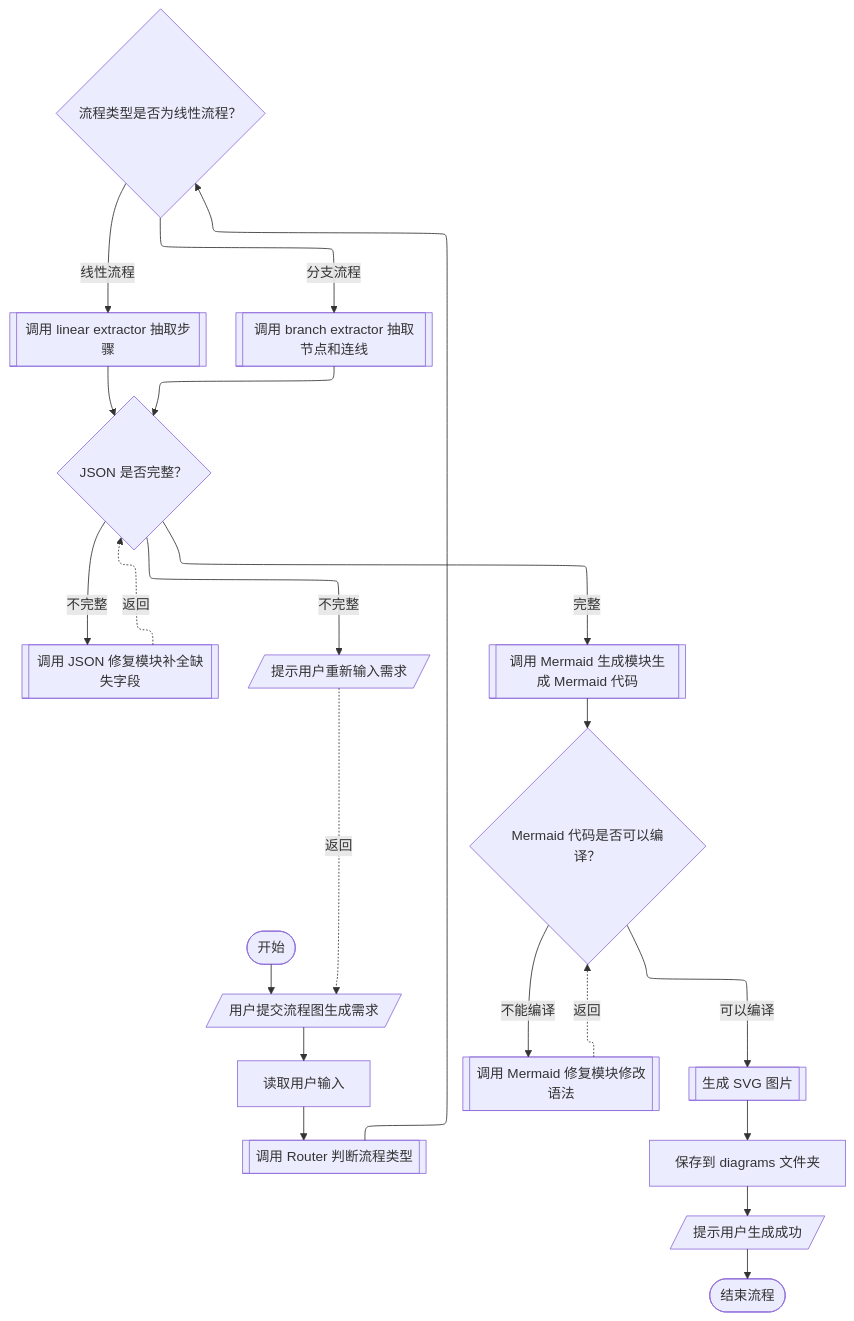
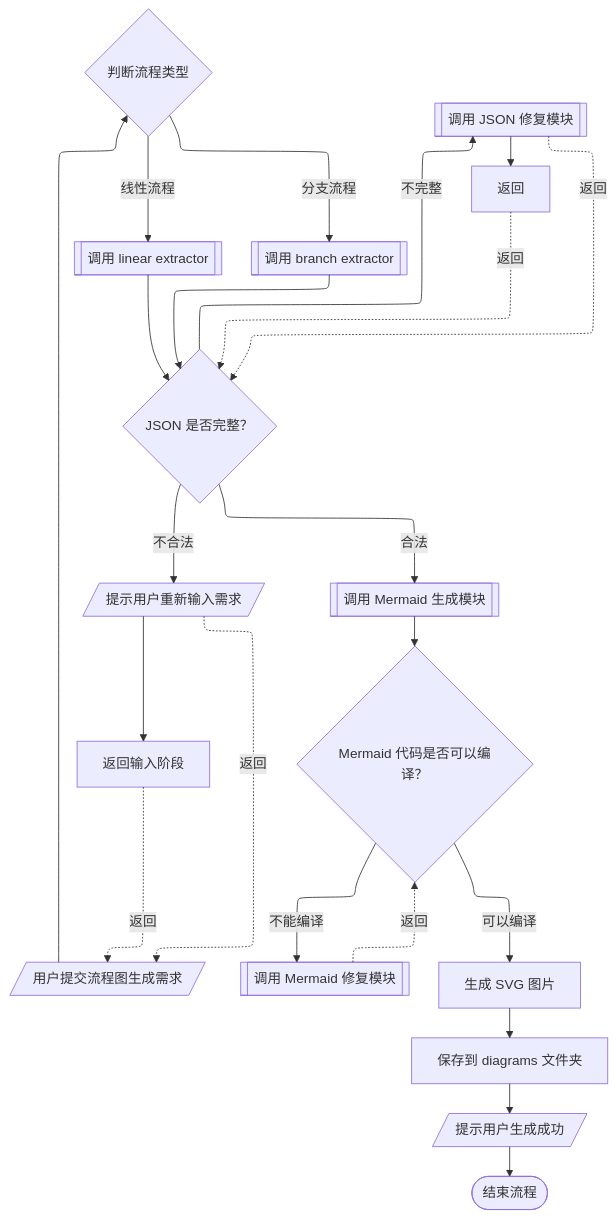
One commit to pujipia/Agent-Practise changed the diagram in diagrams/branch_flowchart.mmd. Above: the diagram before and after it, drawn with Mermaid. The commit also changed 2 other files, not shown here.

```diff
--- a/diagrams/branch_flowchart.mmd
+++ b/diagrams/branch_flowchart.mmd
@@ -1,40 +1,40 @@
 %%{init: {"flowchart": {"defaultRenderer": "elk"}}}%%
 flowchart TD
-A(["开始"])
-B[/"用户提交流程图生成需求"/]
-C["读取用户输入"]
-D[["调用 Router 判断流程类型"]]
-E{"流程类型是否为线性流程？"}
-F[["调用 linear extractor 抽取步骤"]]
-G[["调用 branch extractor 抽取节点和连线"]]
-H{"JSON 是否完整？"}
-I[["调用 JSON 修复模块补全缺失字段"]]
-K[/"提示用户重新输入需求"/]
-L[["调用 Mermaid 生成模块生成 Mermaid 代码"]]
-M{"Mermaid 代码是否可以编译？"}
-N[["调用 Mermaid 修复模块修改语法"]]
-O[["生成 SVG 图片"]]
-P["保存到 diagrams 文件夹"]
-Q[/"提示用户生成成功"/]
-R(["结束流程"])
+A[/"用户提交流程图生成需求"/]
+B{"判断流程类型"}
+C[["调用 linear extractor"]]
+D[["调用 branch extractor"]]
+E{"JSON 是否完整？"}
+F[["调用 JSON 修复模块"]]
+G["返回"]
+H[/"提示用户重新输入需求"/]
+I["返回输入阶段"]
+J[["调用 Mermaid 生成模块"]]
+K{"Mermaid 代码是否可以编译？"}
+L[["调用 Mermaid 修复模块"]]
+M["生成 SVG 图片"]
+N["保存到 diagrams 文件夹"]
+O[/"提示用户生成成功"/]
+P(["结束流程"])
 
 A --> B
-B --> C
-C --> D
+B -->|线性流程| C
+B -->|分支流程| D
+E -->|不完整| F
+F --> G
+G -.->|返回| E
+E -->|不合法| H
+H --> I
+I -.->|返回| A
+E -->|合法| J
+J --> K
+K -->|不能编译| L
+L -.->|返回| K
+K -->|可以编译| M
+M --> N
+N --> O
+O --> P
+C --> E
 D --> E
-E -->|线性流程| F
-E -->|分支流程| G
-F --> H
-H -->|不完整| I
-H -->|不完整| K
-K -.->|返回| B
-H -->|完整| L
-L --> M
-M -->|不能编译| N
-M -->|可以编译| O
-N -.->|返回| M
-O --> P
-P --> Q
-Q --> R
-G --> H
-I -.->|返回| H
+F -.->|返回| E
+H -.->|返回| A
```
